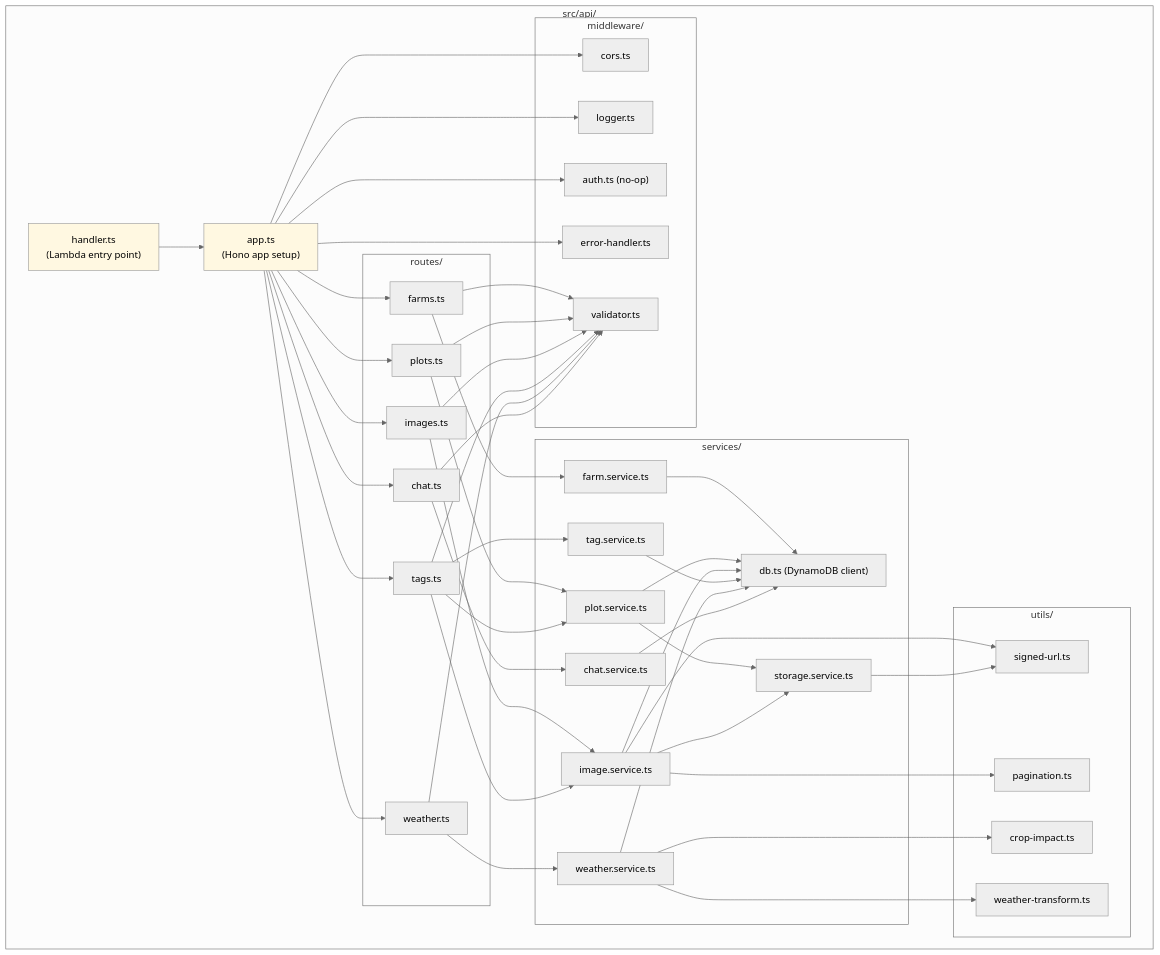
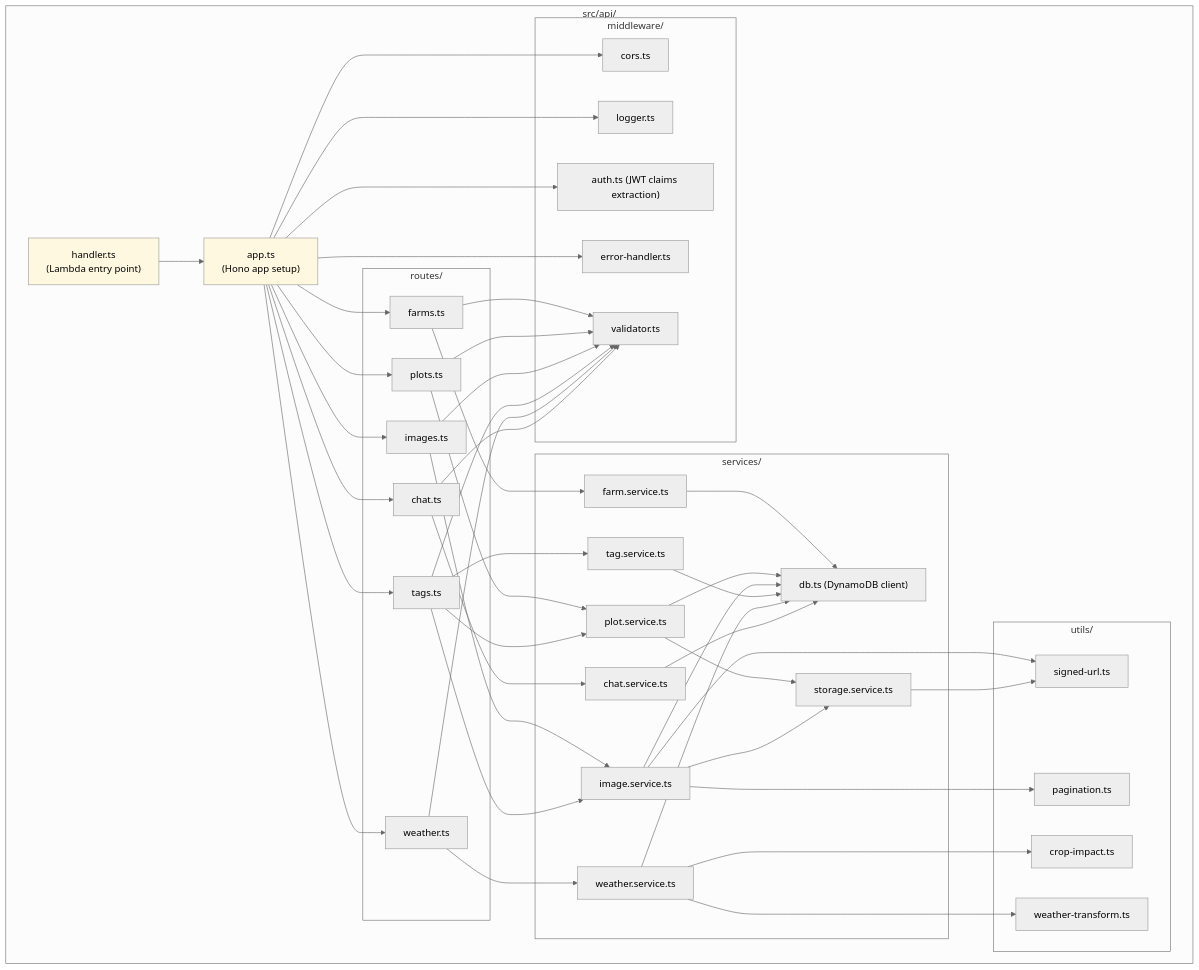
Diagram 18 of 19 in docs/SYSTEM-DESIGN.md (ashmuk/litcrop-public), drawn with Mermaid (neutral theme) before and after one commit. The commit also changed other lines of this file and 8 other files, not shown here.

````diff
--- a/docs/SYSTEM-DESIGN.md
+++ b/docs/SYSTEM-DESIGN.md
@@ -1010,64 +1294,64 @@
 ```mermaid
 graph TD
     subgraph API["src/api/"]
         HANDLER["handler.ts<br/>(Lambda entry point)"]
         APP["app.ts<br/>(Hono app setup)"]
 
         subgraph Routes["routes/"]
             R_FARMS["farms.ts"]
             R_PLOTS["plots.ts"]
             R_IMAGES["images.ts"]
             R_TAGS["tags.ts"]
             R_WEATHER["weather.ts"]
             R_CHAT["chat.ts"]
         end
 
         subgraph Middleware["middleware/"]
             MW_CORS["cors.ts"]
             MW_LOG["logger.ts"]
-            MW_AUTH["auth.ts (no-op)"]
+            MW_AUTH["auth.ts (JWT claims extraction)"]
             MW_ERR["error-handler.ts"]
             MW_VALID["validator.ts"]
         end
 
         subgraph Services["services/"]
             S_FARM["farm.service.ts"]
             S_PLOT["plot.service.ts"]
             S_IMAGE["image.service.ts"]
             S_TAG["tag.service.ts"]
             S_WEATHER["weather.service.ts"]
             S_CHAT["chat.service.ts"]
             S_STORAGE["storage.service.ts"]
             S_DB["db.ts (DynamoDB client)"]
         end
 
         subgraph Utils["utils/"]
             U_SIGNED["signed-url.ts"]
             U_PAGINATE["pagination.ts"]
             U_CROP["crop-impact.ts"]
             U_WEATHER["weather-transform.ts"]
         end
     end
 
     HANDLER --> APP
     APP --> MW_CORS & MW_LOG & MW_AUTH & MW_ERR
     APP --> R_FARMS & R_PLOTS & R_IMAGES & R_TAGS & R_WEATHER & R_CHAT
 
     R_FARMS --> S_FARM & MW_VALID
     R_PLOTS --> S_PLOT & MW_VALID
     R_IMAGES --> S_IMAGE & MW_VALID
     R_TAGS --> S_TAG & S_IMAGE & S_PLOT & MW_VALID
     R_WEATHER --> S_WEATHER & MW_VALID
     R_CHAT --> S_CHAT & MW_VALID
 
     S_FARM --> S_DB
     S_PLOT --> S_DB & S_STORAGE
     S_IMAGE --> S_DB & S_STORAGE & U_SIGNED & U_PAGINATE
     S_TAG --> S_DB
     S_WEATHER --> S_DB & U_CROP & U_WEATHER
     S_CHAT --> S_DB
     S_STORAGE --> U_SIGNED
 
     style HANDLER fill:#FFF8E1
     style APP fill:#FFF8E1
 ```
````
